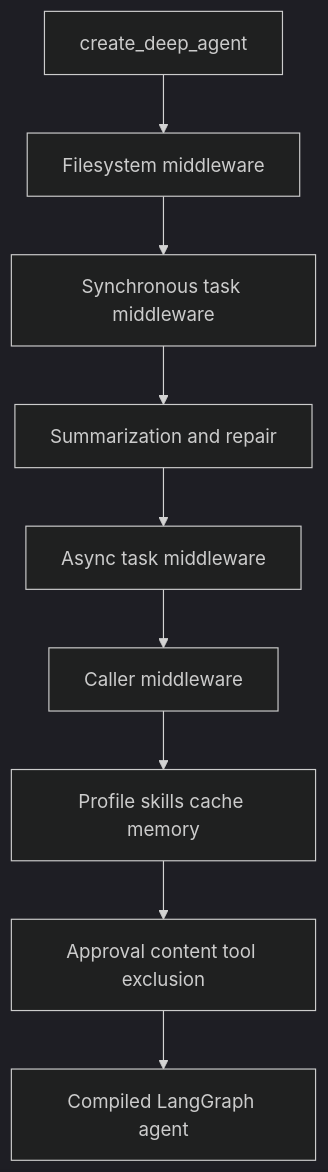
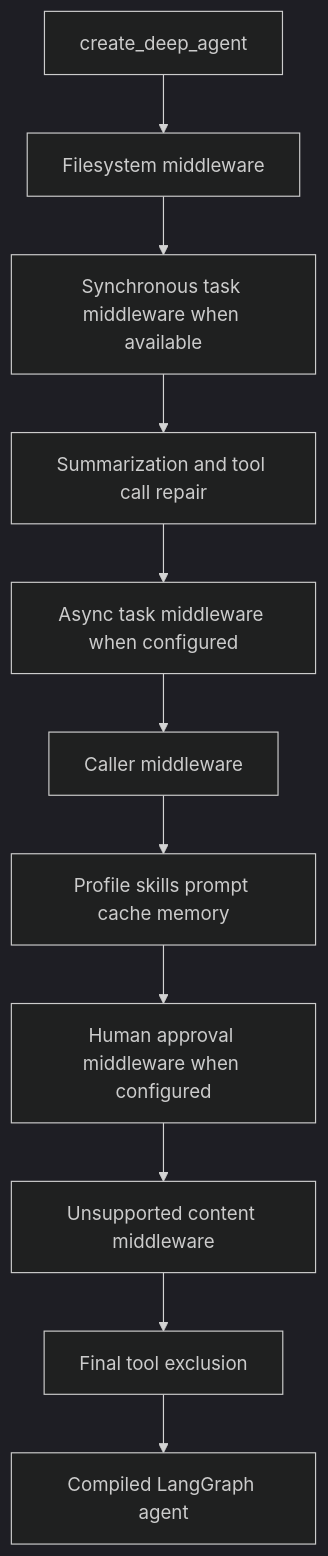
Before and after one commit to langchain-ai/deepagents: the first of 3 diagrams in openwiki/architecture/runtime-behavior.md, drawn with Mermaid (dark theme). The commit also changed other lines of this file and 44 other files, not shown here.

````diff
--- a/openwiki/architecture/runtime-behavior.md
+++ b/openwiki/architecture/runtime-behavior.md
@@ -47,11 +53,13 @@
 ```mermaid
 flowchart TD
     Build["create_deep_agent"] --> Files["Filesystem middleware"]
-    Files --> Sync["Synchronous task middleware"]
-    Sync --> Repair["Summarization and repair"]
-    Repair --> Remote["Async task middleware"]
+    Files --> Sync["Synchronous task middleware when available"]
+    Sync --> Repair["Summarization and tool call repair"]
+    Repair --> Remote["Async task middleware when configured"]
     Remote --> Custom["Caller middleware"]
-    Custom --> Tail["Profile skills cache memory"]
-    Tail --> Guards["Approval content tool exclusion"]
-    Guards --> Graph["Compiled LangGraph agent"]
+    Custom --> Tail["Profile skills prompt cache memory"]
+    Tail --> Approval["Human approval middleware when configured"]
+    Approval --> Content["Unsupported content middleware"]
+    Content --> Exclusion["Final tool exclusion"]
+    Exclusion --> Graph["Compiled LangGraph agent"]
 ```
````
